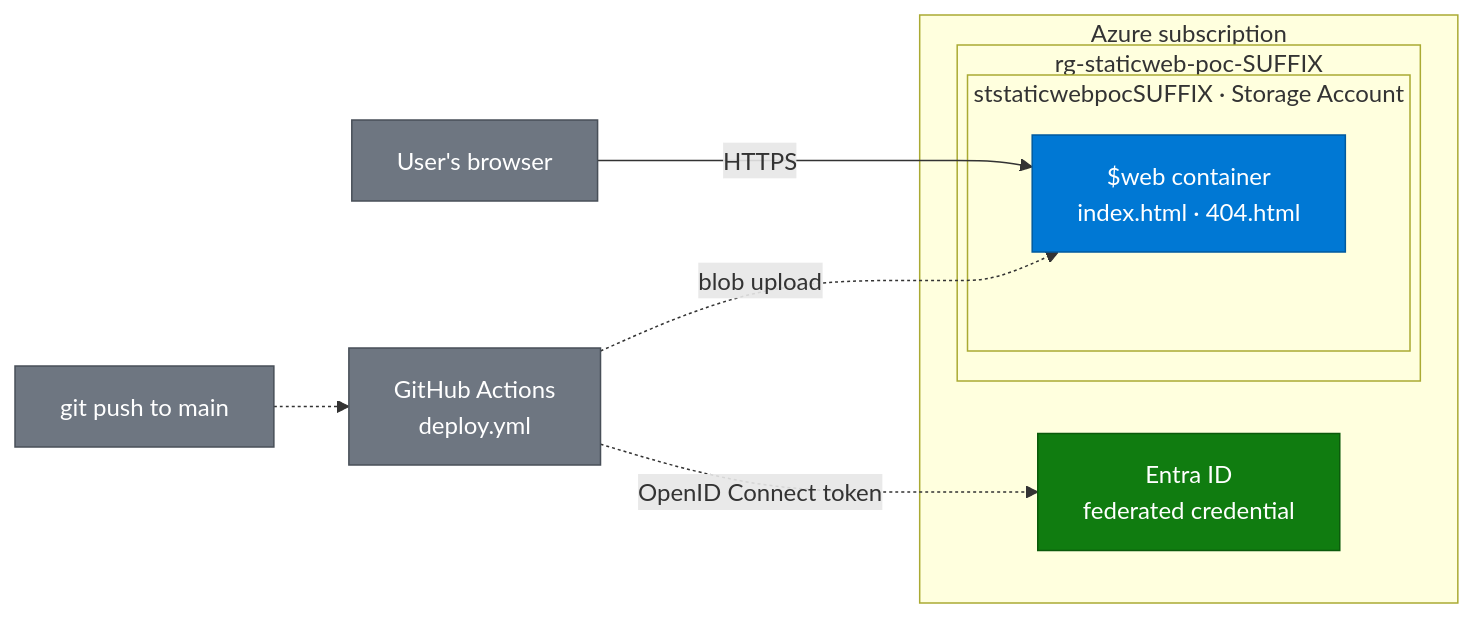
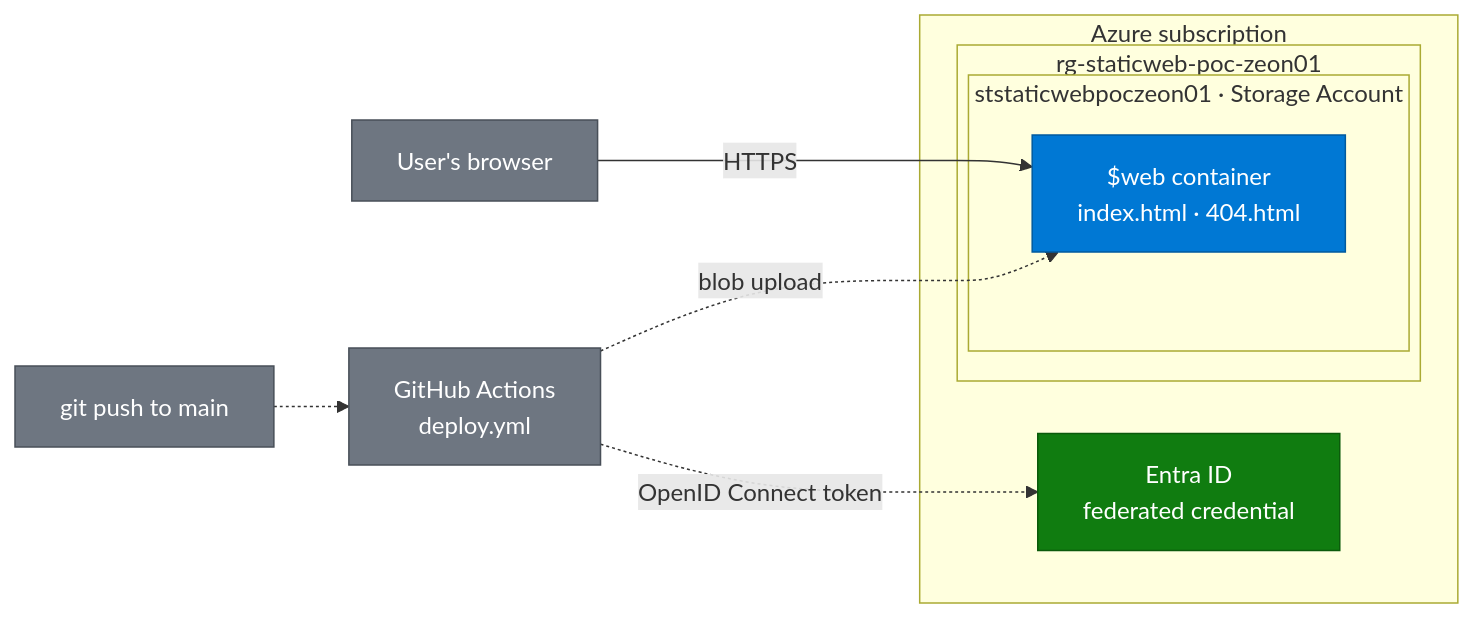
Before and after one commit to zsociety47/azure-static-website-poc: the diagram in README.md, drawn with Mermaid. The commit also changed 1 other file, not shown here.

Commit message:
Test automated deployment

````diff
--- a/README.md
+++ b/README.md
@@ -32,28 +32,28 @@
 ```mermaid
 flowchart LR
     user["User's browser"]
     dev["git push to main"]
     gha["GitHub Actions<br/>deploy.yml"]
 
     subgraph sub["Azure subscription"]
         entra["Entra ID<br/>federated credential"]
-        subgraph rg["rg-staticweb-poc-SUFFIX"]
-            subgraph st["ststaticwebpocSUFFIX · Storage Account"]
+        subgraph rg["rg-staticweb-poc-zeon01"]
+            subgraph st["ststaticwebpoczeon01 · Storage Account"]
                 web["$web container<br/>index.html · 404.html"]
             end
         end
     end
 
     user -- "HTTPS" --> web
     dev -.-> gha
     gha -. "OpenID Connect token" .-> entra
     gha -. "blob upload" .-> web
 
     classDef azure fill:#0078d4,stroke:#005a9e,color:#fff
     classDef external fill:#6e7681,stroke:#484f58,color:#fff
     classDef identity fill:#107c10,stroke:#0b5a0b,color:#fff
 
     class web azure
     class user,dev,gha external
     class entra identity
 ```
````
